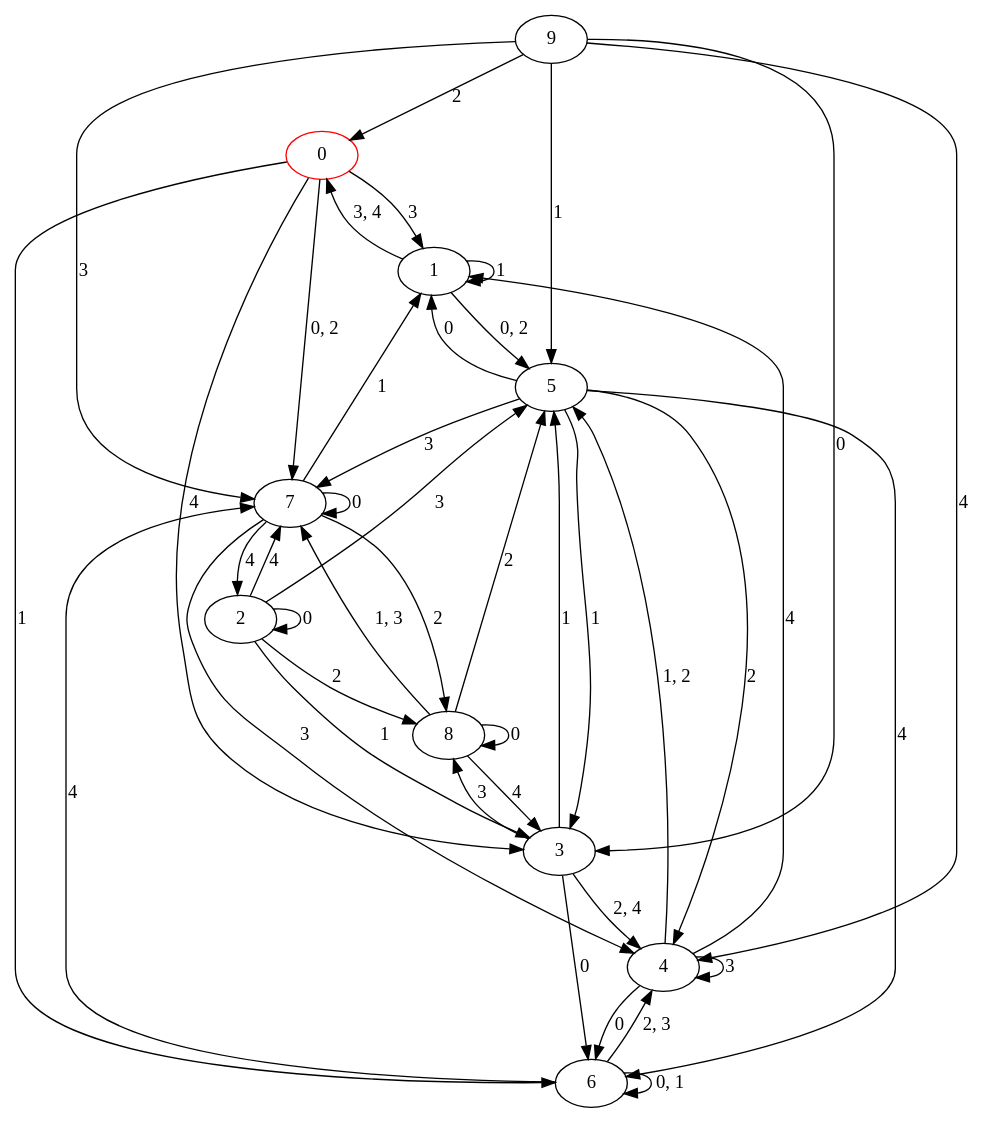
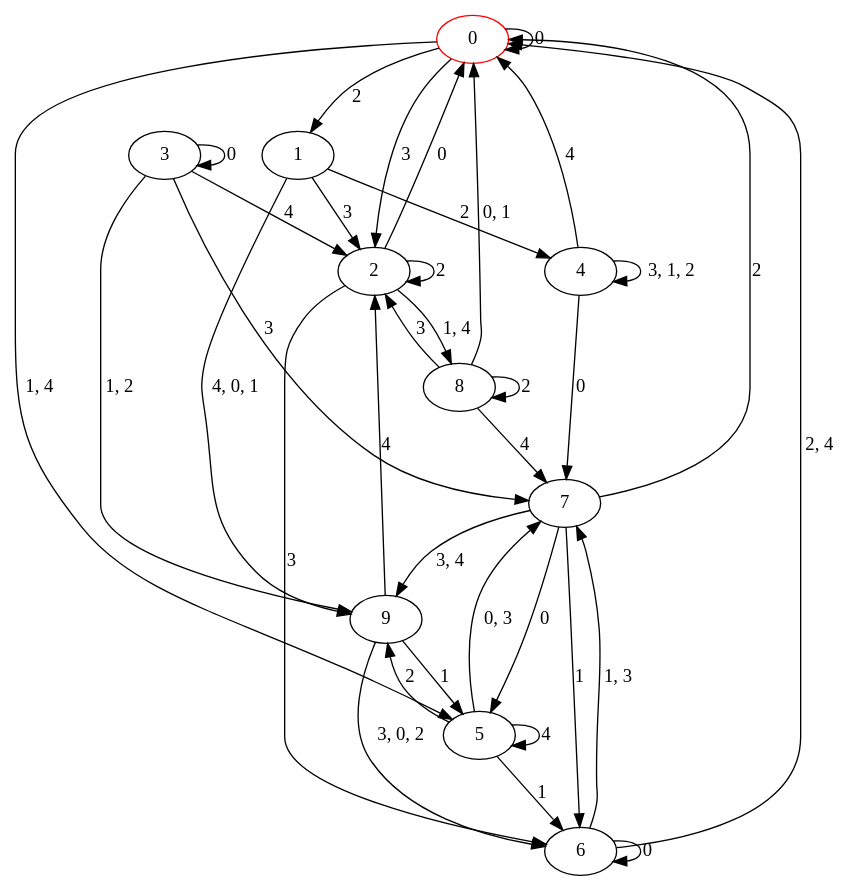
The diagram in automata/res/dfa_s10_r5/s10_r5.dot (Jakub-Ciecierski/AutomatonOptimization), drawn with Graphviz before and after one commit. The commit also changed 41 other files, not shown here.

```diff
--- a/automata/res/dfa_s10_r5/s10_r5.dot
+++ b/automata/res/dfa_s10_r5/s10_r5.dot
@@ -1,54 +1,48 @@
 digraph g {
 0 [label= "0"] [color="red"];
 1 [label= "1"];
 2 [label= "2"];
 3 [label= "3"];
 4 [label= "4"];
 5 [label= "5"];
 6 [label= "6"];
 7 [label= "7"];
 8 [label= "8"];
 9 [label= "9"];
-0 -> 6[label= "1"];
-0 -> 1[label= "3"];
-0 -> 3[label= "4"];
-1 -> 1[label= "1"];
-2 -> 2[label= "0"];
-2 -> 3[label= "1"];
-2 -> 8[label= "2"];
-2 -> 5[label= "3"];
-2 -> 7[label= "4"];
-3 -> 6[label= "0"];
-3 -> 5[label= "1"];
-3 -> 8[label= "3"];
-4 -> 6[label= "0"];
-4 -> 4[label= "3"];
-4 -> 1[label= "4"];
-5 -> 1[label= "0"];
-5 -> 3[label= "1"];
-5 -> 4[label= "2"];
-5 -> 7[label= "3"];
-5 -> 6[label= "4"];
-6 -> 7[label= "4"];
-7 -> 7[label= "0"];
-7 -> 1[label= "1"];
-7 -> 8[label= "2"];
-7 -> 4[label= "3"];
-7 -> 2[label= "4"];
-8 -> 8[label= "0"];
-8 -> 5[label= "2"];
-8 -> 3[label= "4"];
-9 -> 3[label= "0"];
+0 -> 0[label= "0"];
+0 -> 1[label= "2"];
+0 -> 2[label= "3"];
+1 -> 4[label= "2"];
+1 -> 2[label= "3"];
+2 -> 0[label= "0"];
+2 -> 2[label= "2"];
+2 -> 6[label= "3"];
+3 -> 3[label= "0"];
+3 -> 7[label= "3"];
+3 -> 2[label= "4"];
+4 -> 7[label= "0"];
+4 -> 0[label= "4"];
+5 -> 6[label= "1"];
+5 -> 9[label= "2"];
+5 -> 5[label= "4"];
+6 -> 6[label= "0"];
+7 -> 5[label= "0"];
+7 -> 6[label= "1"];
+7 -> 0[label= "2"];
+8 -> 8[label= "2"];
+8 -> 2[label= "3"];
+8 -> 7[label= "4"];
 9 -> 5[label= "1"];
-9 -> 0[label= "2"];
-9 -> 7[label= "3"];
-9 -> 4[label= "4"];
-0 -> 7[label= "0, 2"];
-1 -> 5[label= "0, 2"];
-1 -> 0[label= "3, 4"];
-3 -> 4[label= "2, 4"];
-4 -> 5[label= "1, 2"];
-6 -> 6[label= "0, 1"];
-6 -> 4[label= "2, 3"];
-8 -> 7[label= "1, 3"];
+9 -> 2[label= "4"];
+0 -> 5[label= "1, 4"];
+1 -> 9[label= "4, 0, 1"];
+2 -> 8[label= "1, 4"];
+3 -> 9[label= "1, 2"];
+4 -> 4[label= "3, 1, 2"];
+5 -> 7[label= "0, 3"];
+6 -> 7[label= "1, 3"];
+6 -> 0[label= "2, 4"];
+7 -> 9[label= "3, 4"];
+8 -> 0[label= "0, 1"];
+9 -> 6[label= "3, 0, 2"];
 }
```
